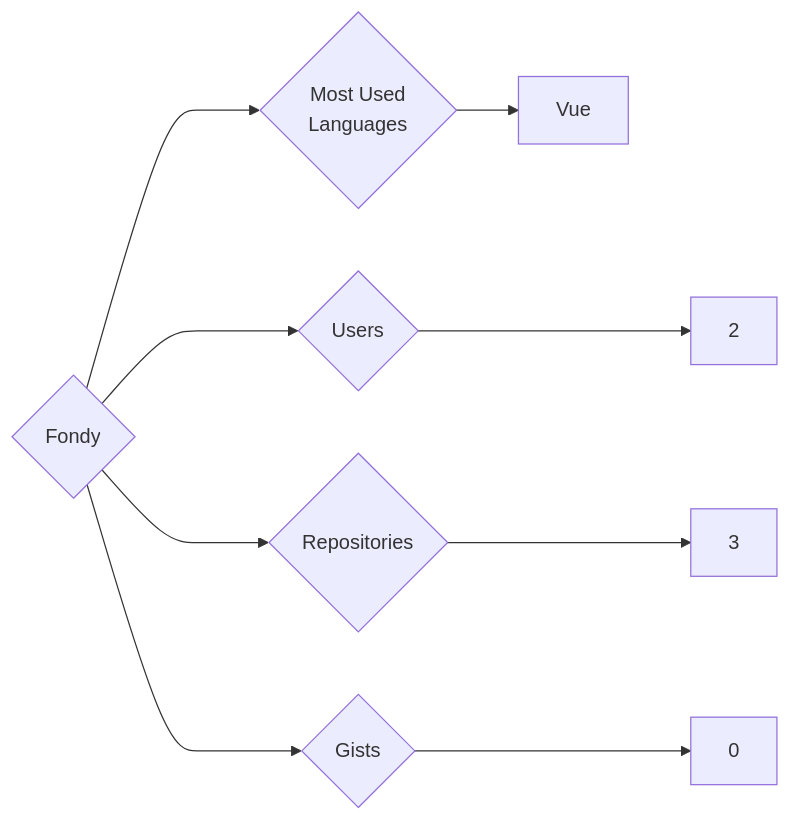
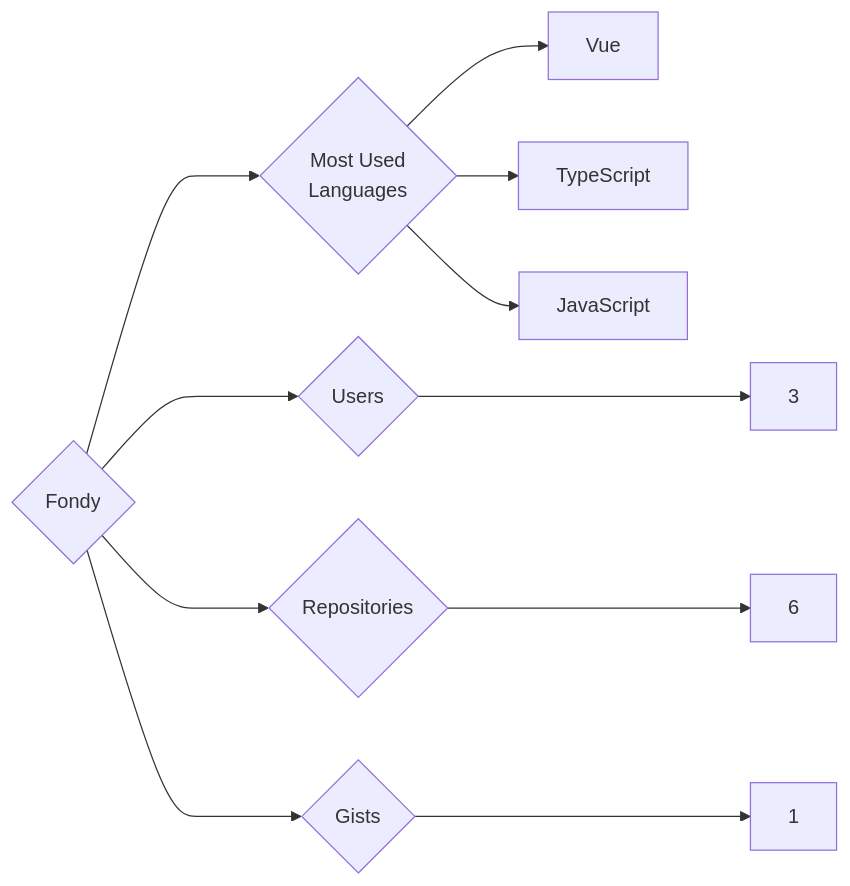
The diagram in targets/Fondy/README.md (trickest/insiders), drawn with Mermaid before and after one commit. The commit also changed 930 other files, not shown here.

````diff
--- a/targets/Fondy/README.md
+++ b/targets/Fondy/README.md
@@ -3,9 +3,11 @@
 ```mermaid
 graph LR
 COMPANY_NAME{Fondy}
-COMPANY_NAME ---> U{Users} ---> UN[2]
-COMPANY_NAME ---> R{Repositories} ---> RN[3]
-COMPANY_NAME ---> G{Gists} ---> GN[0]
+COMPANY_NAME ---> U{Users} ---> UN[3]
+COMPANY_NAME ---> R{Repositories} ---> RN[6]
+COMPANY_NAME ---> G{Gists} ---> GN[1]
 COMPANY_NAME ---> ML{Most Used<br>Languages}
 ML --> Vue[Vue]
+ML --> TypeScript[TypeScript]
+ML --> JavaScript[JavaScript]
 ```
````
